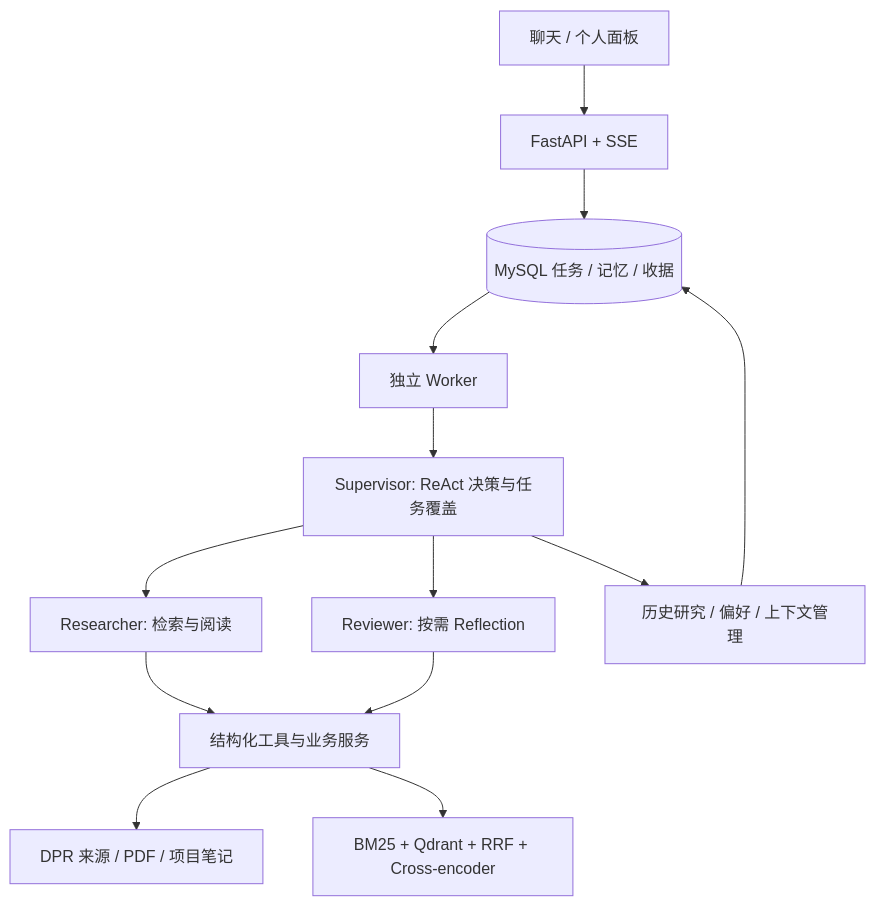
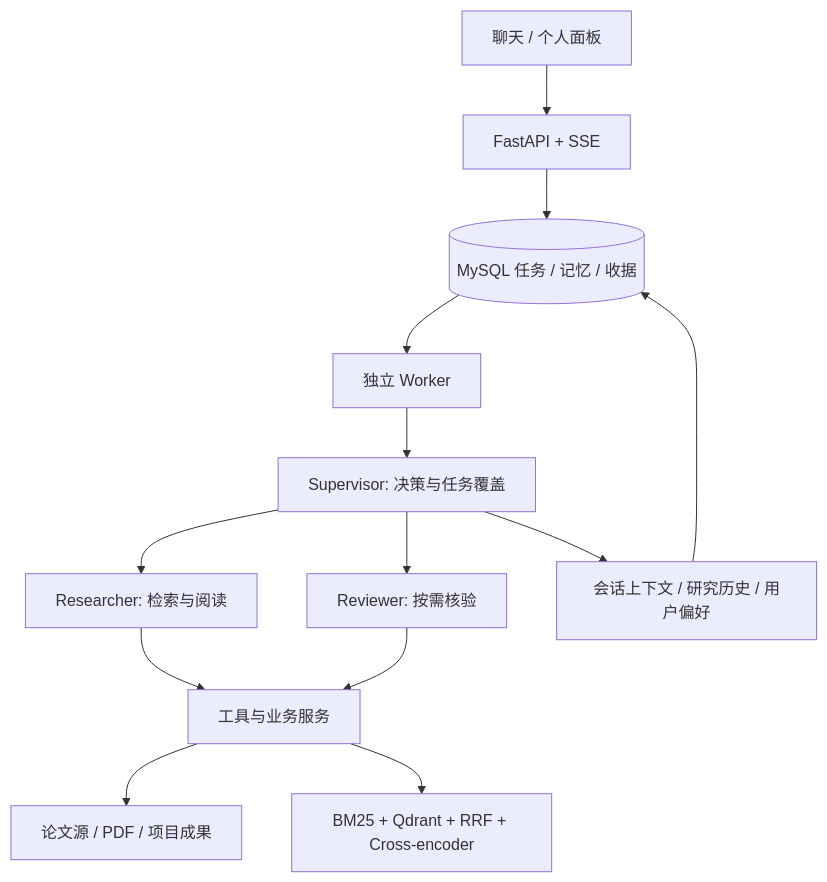
The diagram in README.md (CsBillChang/ReasearchLoop), drawn with Mermaid before and after one commit. The commit also changed other lines of this file and 75 other files, not shown here.

````diff
--- a/README.md
+++ b/README.md
@@ -9,15 +9,15 @@
 ```mermaid
 flowchart TD
     UI[聊天 / 个人面板] --> API[FastAPI + SSE]
     API --> DB[(MySQL 任务 / 记忆 / 收据)]
     DB --> W[独立 Worker]
-    W --> S[Supervisor: ReAct 决策与任务覆盖]
+    W --> S[Supervisor: 决策与任务覆盖]
     S --> R[Researcher: 检索与阅读]
-    S --> V[Reviewer: 按需 Reflection]
-    R --> T[结构化工具与业务服务]
+    S --> V[Reviewer: 按需核验]
+    R --> T[工具与业务服务]
     V --> T
-    T --> P[DPR 来源 / PDF / 项目笔记]
+    T --> P[论文源 / PDF / 项目成果]
     T --> Q[BM25 + Qdrant + RRF + Cross-encoder]
-    S --> M[历史研究 / 偏好 / 上下文管理]
+    S --> M[会话上下文 / 研究历史 / 用户偏好]
     M --> DB
 ```
````
